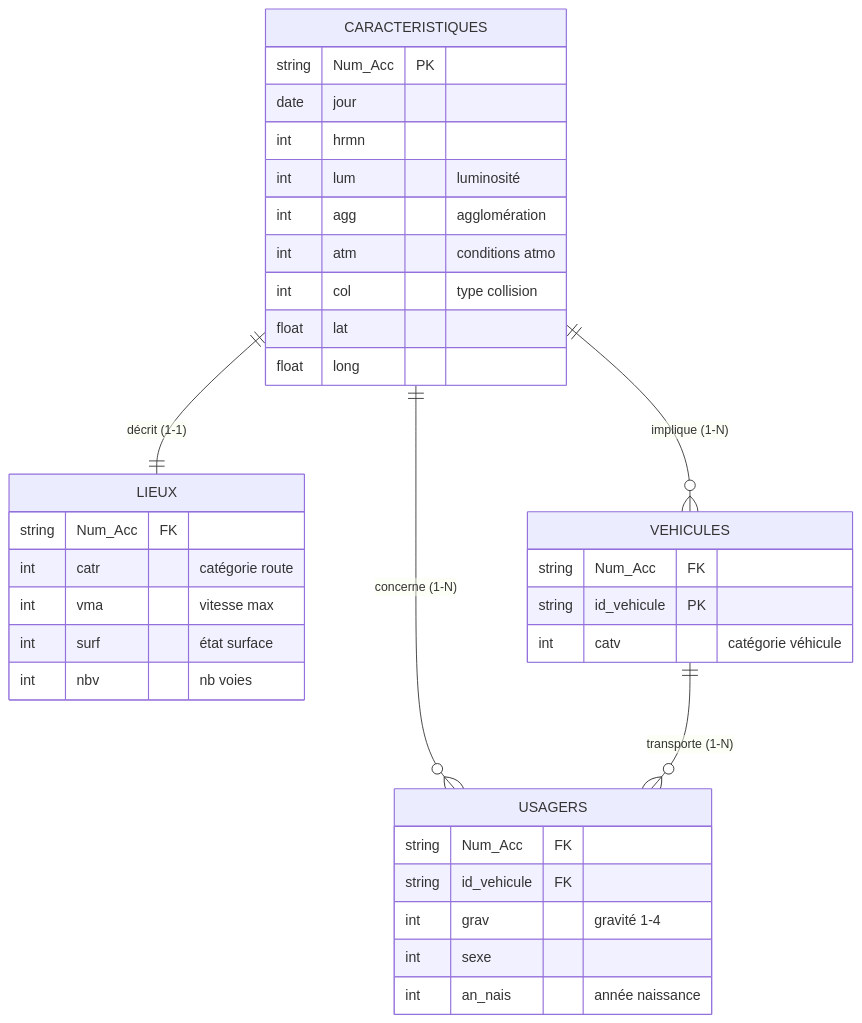
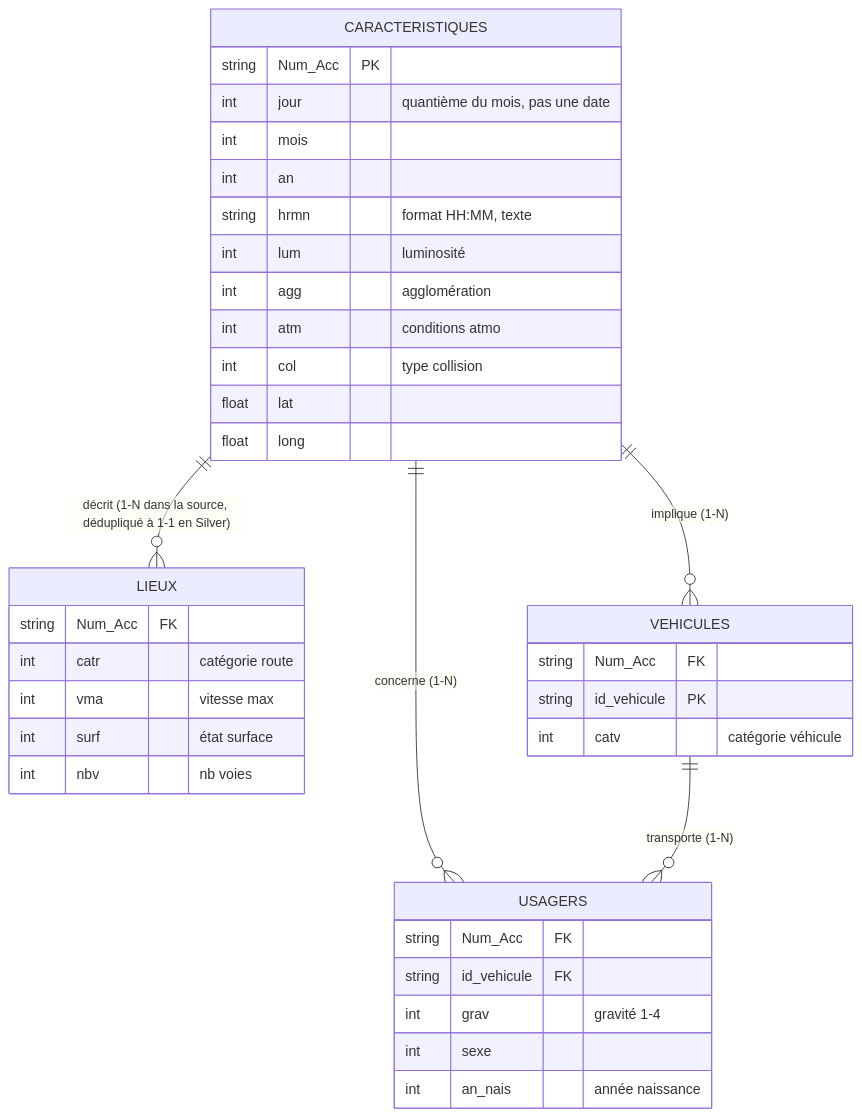
One commit to VigiRoute/gravia changed the second of 4 diagrams in docs/Architecture_GRAVIA.md. Above: the diagram before and after it, drawn with Mermaid. The commit also changed other lines of this file and 7 other files, not shown here.

````diff
--- a/docs/Architecture_GRAVIA.md
+++ b/docs/Architecture_GRAVIA.md
@@ -146,38 +146,40 @@
 ```mermaid
 erDiagram
-    CARACTERISTIQUES ||--|| LIEUX : "décrit (1-1)"
+    CARACTERISTIQUES ||--o{ LIEUX : "décrit (1-N dans la source, dédupliqué à 1-1 en Silver)"
     CARACTERISTIQUES ||--o{ VEHICULES : "implique (1-N)"
     CARACTERISTIQUES ||--o{ USAGERS : "concerne (1-N)"
     VEHICULES ||--o{ USAGERS : "transporte (1-N)"
 
     CARACTERISTIQUES {
         string Num_Acc PK
-        date jour
-        int hrmn
+        int jour "quantième du mois, pas une date"
+        int mois
+        int an
+        string hrmn "format HH:MM, texte"
         int lum "luminosité"
         int agg "agglomération"
         int atm "conditions atmo"
         int col "type collision"
         float lat
         float long
     }
     LIEUX {
         string Num_Acc FK
         int catr "catégorie route"
         int vma "vitesse max"
         int surf "état surface"
         int nbv "nb voies"
     }
     VEHICULES {
         string Num_Acc FK
         string id_vehicule PK
         int catv "catégorie véhicule"
     }
     USAGERS {
         string Num_Acc FK
         string id_vehicule FK
         int grav "gravité 1-4"
         int sexe
         int an_nais "année naissance"
     }
 ```
````
